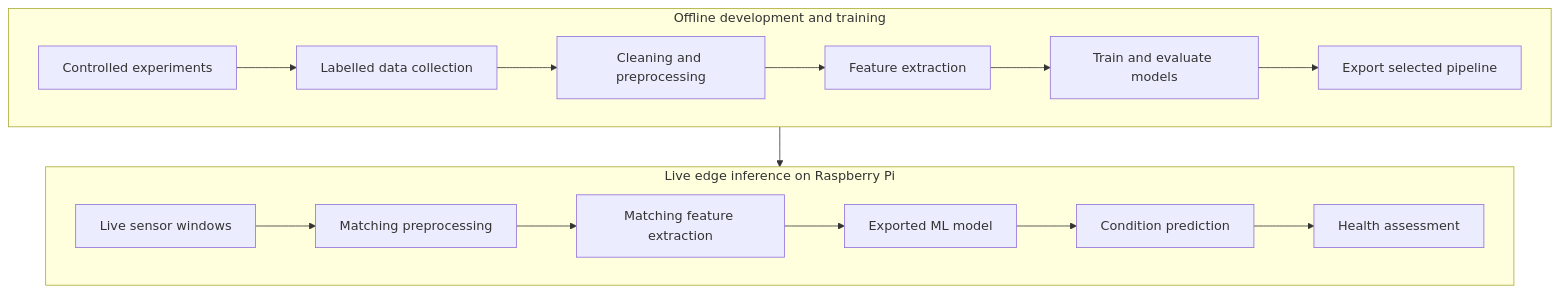
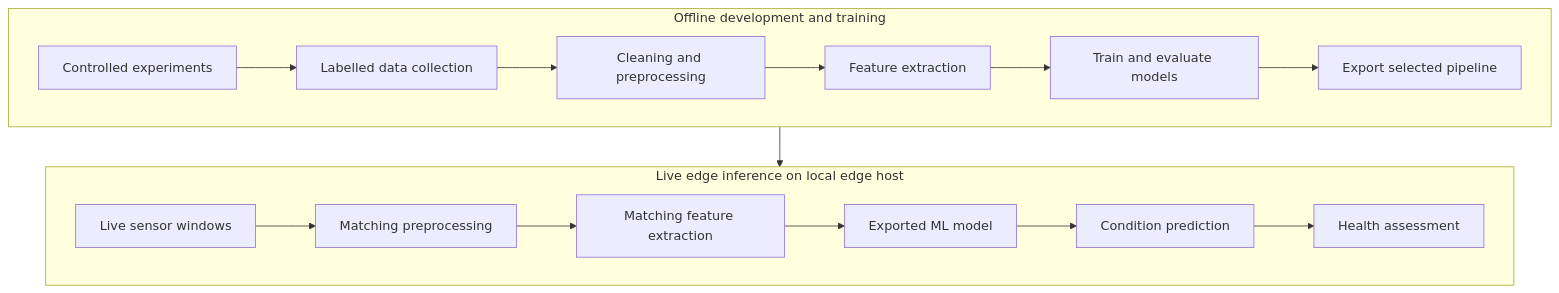
One commit to krutharth-dev/edge-ai-digital-twin changed the second of 2 diagrams in README.md. Above: the diagram before and after it, drawn with Mermaid. The commit also changed other lines of this file, not shown here.

````diff
--- a/README.md
+++ b/README.md
@@ -218,16 +243,16 @@
 ```mermaid
 flowchart TB
     subgraph OFF["Offline development and training"]
         direction LR
         A["Controlled experiments"] --> B["Labelled data collection"] --> C["Cleaning and preprocessing"]
         C --> D["Feature extraction"] --> E["Train and evaluate models"] --> F["Export selected pipeline"]
     end
 
-    subgraph LIVE["Live edge inference on Raspberry Pi"]
+    subgraph LIVE["Live edge inference on local edge host"]
         direction LR
         G["Live sensor windows"] --> H["Matching preprocessing"] --> I["Matching feature extraction"]
         I --> J["Exported ML model"] --> K["Condition prediction"] --> L["Health assessment"]
     end
 
     F --> J
 ```
````
